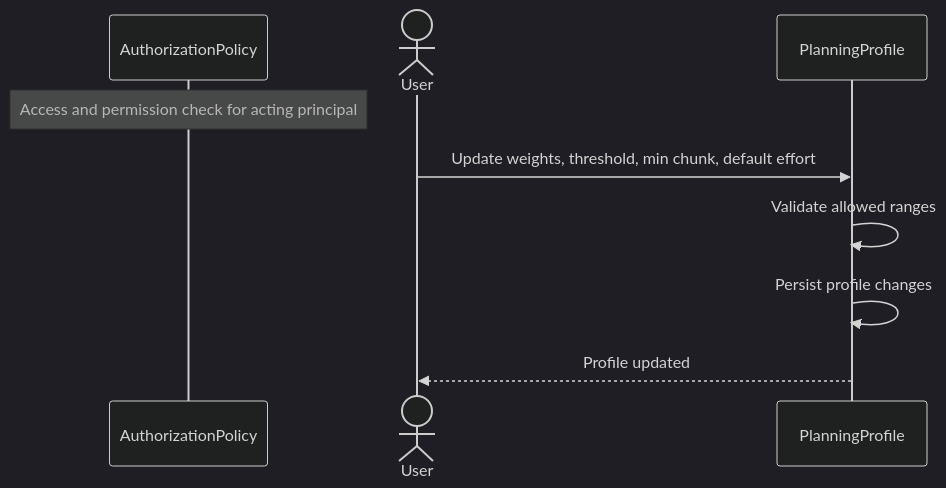
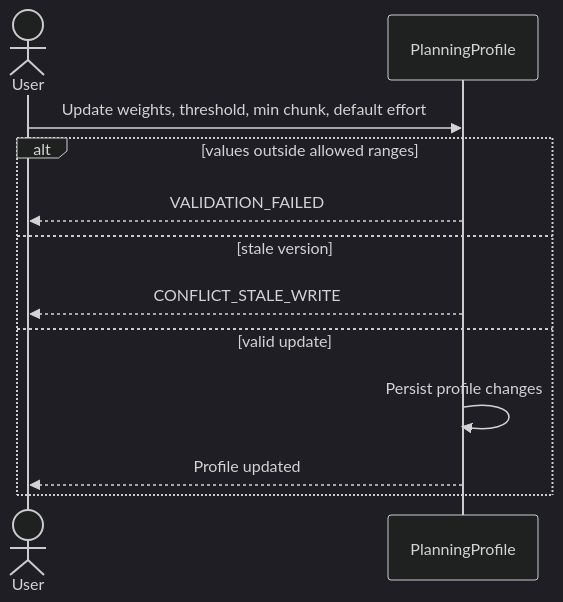
Before and after one commit to ChidiRnweke/margin: the seventh of 7 diagrams in architecture/sequence-diagrams/01-auth-profile.md, drawn with Mermaid (dark theme). The commit also changed other lines of this file and 12 other files, not shown here.

Commit message:
Enhance sequence diagrams and introduce traceability matrix

````diff
--- a/architecture/sequence-diagrams/01-auth-profile.md
+++ b/architecture/sequence-diagrams/01-auth-profile.md
@@ -87,11 +134,14 @@
 ```mermaid
 sequenceDiagram
-    participant G as AuthorizationPolicy
-    Note over G: Access and permission check for acting principal
     actor U as User
     participant P as PlanningProfile
     U->>P: Update weights, threshold, min chunk, default effort
-    P->>P: Validate allowed ranges
-    P->>P: Persist profile changes
-    P-->>U: Profile updated
+    alt values outside allowed ranges
+        P-->>U: VALIDATION_FAILED
+    else stale version
+        P-->>U: CONFLICT_STALE_WRITE
+    else valid update
+        P->>P: Persist profile changes
+        P-->>U: Profile updated
+    end
 ```
````
